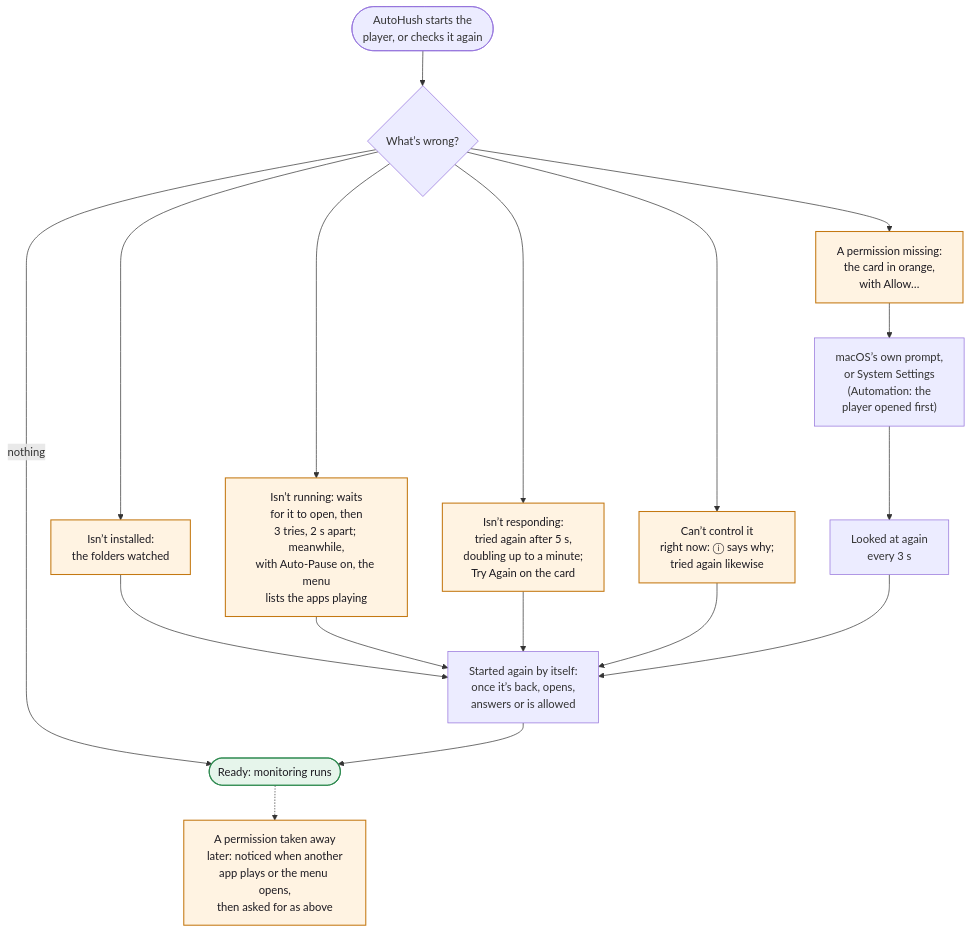
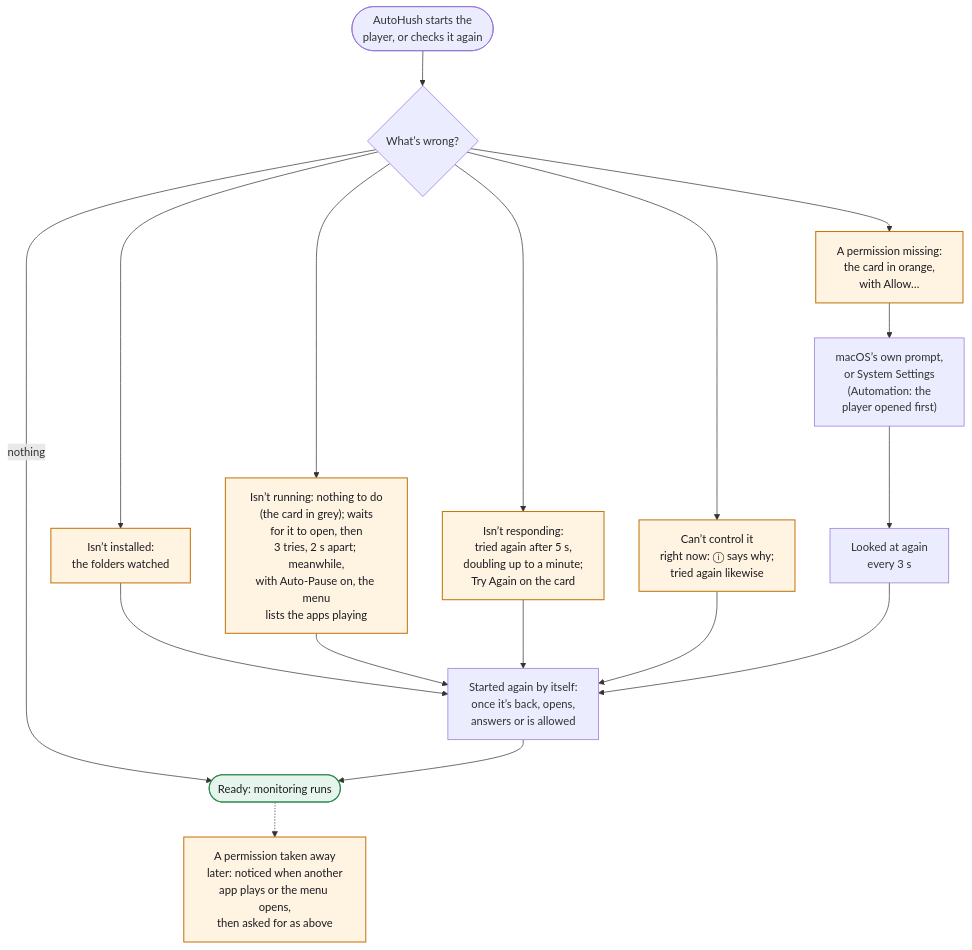
Diagram 13 of 14 in WORKFLOWS.md (hfustercabre/AutoHush), drawn with Mermaid before and after one commit. The commit also changed 78 other files, not shown here.

````diff
--- a/WORKFLOWS.md
+++ b/WORKFLOWS.md
@@ -665,30 +665,30 @@
 ```mermaid
 flowchart TD
   S(["AutoHush starts the<br/>player, or checks it again"])
   W{"What’s wrong?"}
   INS["Isn’t installed:<br/>the folders watched"]
-  RUN["Isn’t running: waits<br/>for it to open, then<br/>3 tries, 2 s apart; meanwhile,<br/>with Auto-Pause on, the menu<br/>lists the apps playing"]
+  RUN["Isn’t running: nothing to do<br/>(the card in grey); waits<br/>for it to open, then<br/>3 tries, 2 s apart; meanwhile,<br/>with Auto-Pause on, the menu<br/>lists the apps playing"]
   RESP["Isn’t responding:<br/>tried again after 5 s,<br/>doubling up to a minute;<br/>Try Again on the card"]
   CTRL["Can’t control it<br/>right now: ⓘ says why;<br/>tried again likewise"]
   PERM["A permission missing:<br/>the card in orange,<br/>with Allow…"]
   MACOS["macOS’s own prompt,<br/>or System Settings<br/>(Automation: the<br/>player opened first)"]
   TRY["Looked at again<br/>every 3 s"]
   AGAIN["Started again by itself:<br/>once it’s back, opens,<br/>answers or is allowed"]
   READY(["Ready: monitoring runs"])
   LOST["A permission taken away<br/>later: noticed when another<br/>app plays or the menu opens,<br/>then asked for as above"]
 
   S --> W
   W -->|"nothing"| READY
   W --> INS --> AGAIN
   W --> RUN --> AGAIN
   W --> RESP --> AGAIN
   W --> CTRL --> AGAIN
   W --> PERM --> MACOS --> TRY --> AGAIN
   AGAIN --> READY
   READY -.-> LOST
 
   class INS,RUN,RESP,CTRL,PERM,LOST warn
   class READY done
   classDef warn fill:#fff3e2,stroke:#c47812,stroke-width:1.5px,color:#1d1b22
   classDef done fill:#e6f5eb,stroke:#2f8a50,stroke-width:1.5px,color:#1d1b22
 ```
````
